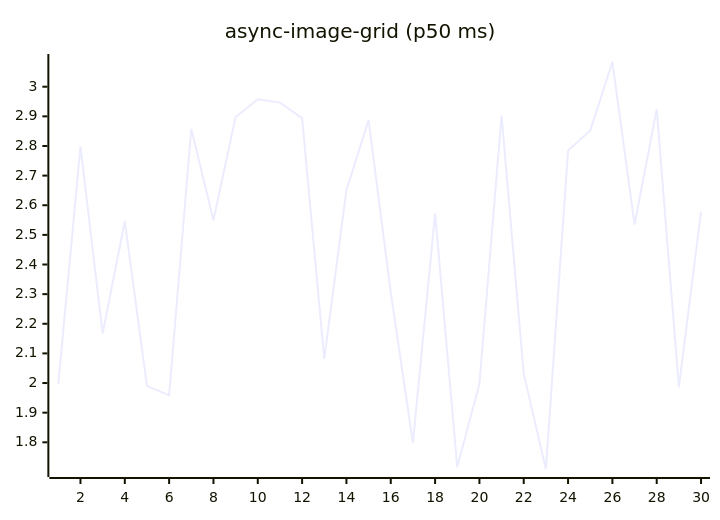
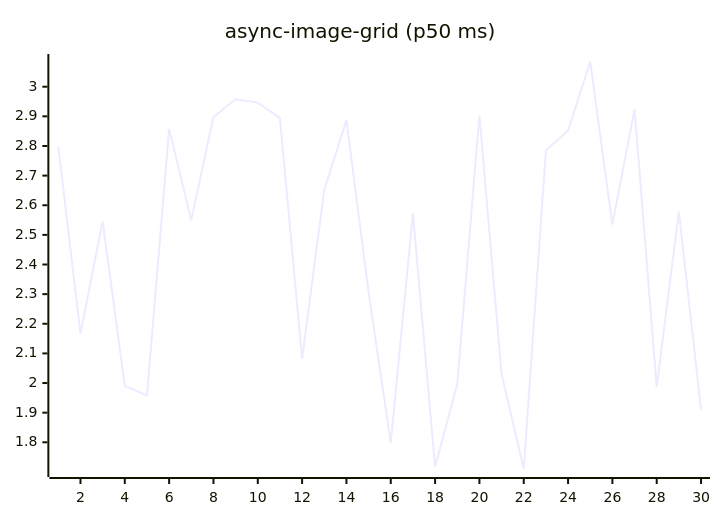
One commit to josha/Facet changed the fifth of 27 diagrams in README.md. Above: the diagram before and after it, drawn with Mermaid. The commit also changed other lines of this file and 2 other files, not shown here.

````diff
--- a/README.md
+++ b/README.md
@@ -91,6 +91,6 @@
 ```mermaid
 xychart-beta
     title "async-image-grid (p50 ms)"
     x-axis 1 --> 30
-    line [1.9970, 2.7988, 2.1671, 2.5459, 1.9906, 1.9586, 2.8577, 2.5497, 2.8980, 2.9576, 2.9463, 2.8940, 2.0815, 2.6515, 2.8871, 2.3060, 1.7979, 2.5726, 1.7163, 1.9964, 2.9032, 2.0307, 1.7099, 2.7848, 2.8523, 3.0834, 2.5349, 2.9237, 1.9862, 2.5787]
+    line [2.7988, 2.1671, 2.5459, 1.9906, 1.9586, 2.8577, 2.5497, 2.8980, 2.9576, 2.9463, 2.8940, 2.0815, 2.6515, 2.8871, 2.3060, 1.7979, 2.5726, 1.7163, 1.9964, 2.9032, 2.0307, 1.7099, 2.7848, 2.8523, 3.0834, 2.5349, 2.9237, 1.9862, 2.5787, 1.9102]
 ```
````
